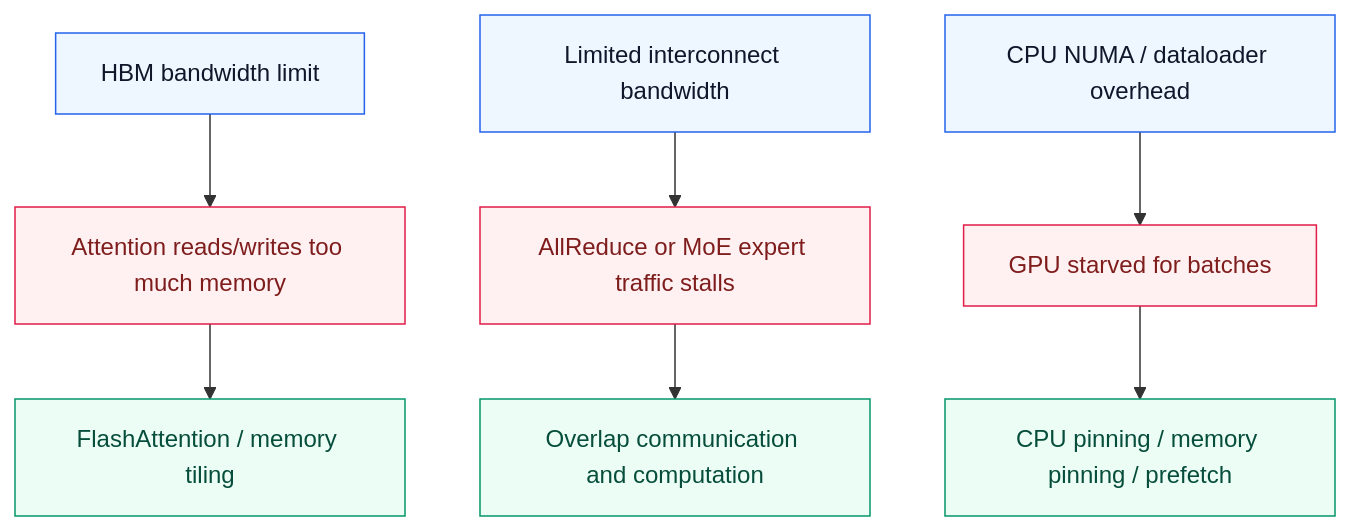
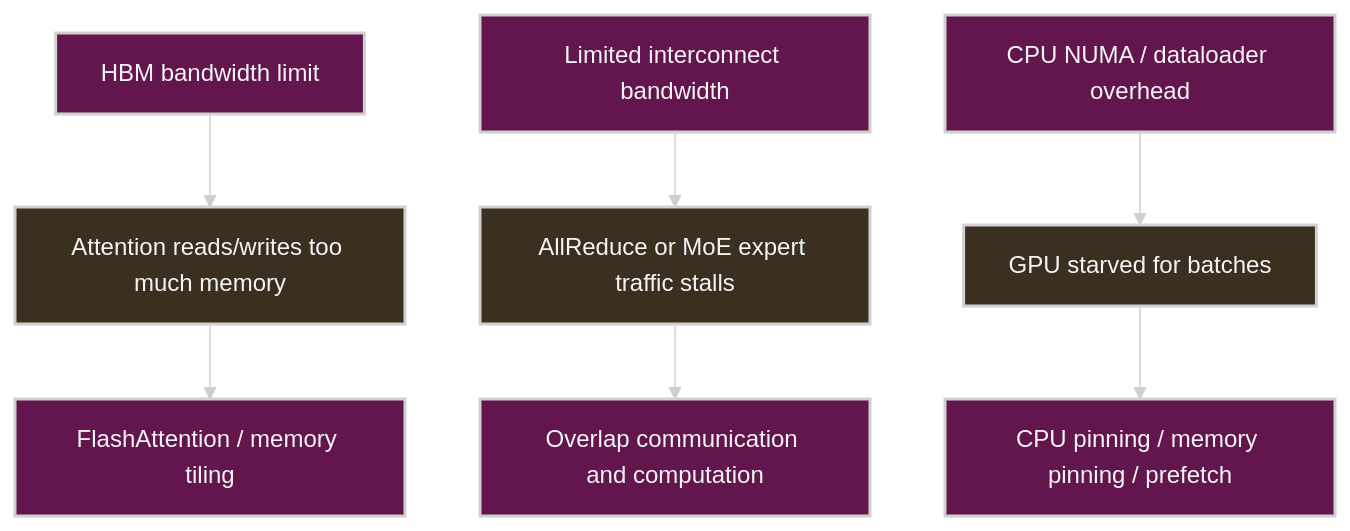
Before and after one commit to ziwon/ai-data-center-network: the fifth of 9 diagrams in ai-system-performance-engineering/chap01/README.md, drawn with Mermaid. The commit also changed other lines of this file and 35 other files, not shown here.

Commit message:
docs(mermaid): apply dark diagram style

````diff
--- a/ai-system-performance-engineering/chap01/README.md
+++ b/ai-system-performance-engineering/chap01/README.md
@@ -291,22 +295,23 @@
 ```mermaid
+%%{init: {"theme": "base", "themeVariables": {"background": "#171717", "primaryColor": "#232323", "primaryTextColor": "#f5f5f5", "primaryBorderColor": "#d0d0d0", "lineColor": "#cfcfcf", "fontFamily": "Inter, Arial, sans-serif"}}}%%
 flowchart TB
-    classDef machine fill:#eef6ff,stroke:#2563eb,color:#0f172a
-    classDef symptom fill:#fff1f2,stroke:#e11d48,color:#7f1d1d
-    classDef fix fill:#ecfdf5,stroke:#059669,color:#064e3b
+    classDef machine fill:#62164d,stroke:#d0d0d0,color:#f5f5f5,stroke-width:2px;
+    classDef symptom fill:#3b2f20,stroke:#d0d0d0,color:#f5f5f5,stroke-width:2px;
+    classDef fix fill:#62164d,stroke:#d0d0d0,color:#f5f5f5,stroke-width:2px;
 
     HBM[HBM bandwidth limit]:::machine
     ATT[Attention reads/writes too much memory]:::symptom
     FA[FlashAttention / memory tiling]:::fix
 
     NV[Limited interconnect bandwidth]:::machine
     COMM[AllReduce or MoE expert traffic stalls]:::symptom
     OVERLAP[Overlap communication and computation]:::fix
 
     CPU[CPU NUMA / dataloader overhead]:::machine
     STARVE[GPU starved for batches]:::symptom
     PIN[CPU pinning / memory pinning / prefetch]:::fix
 
     HBM --> ATT --> FA
     NV --> COMM --> OVERLAP
     CPU --> STARVE --> PIN
 ```
````
